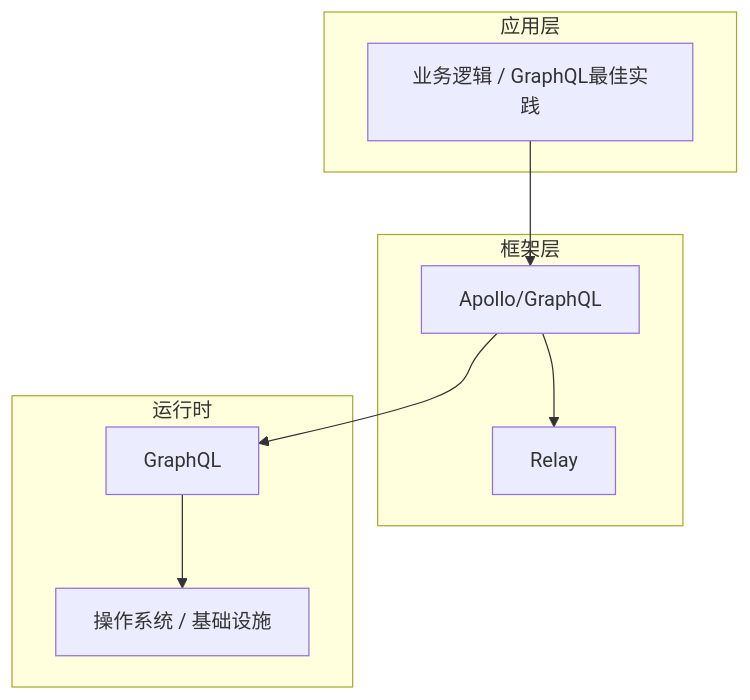
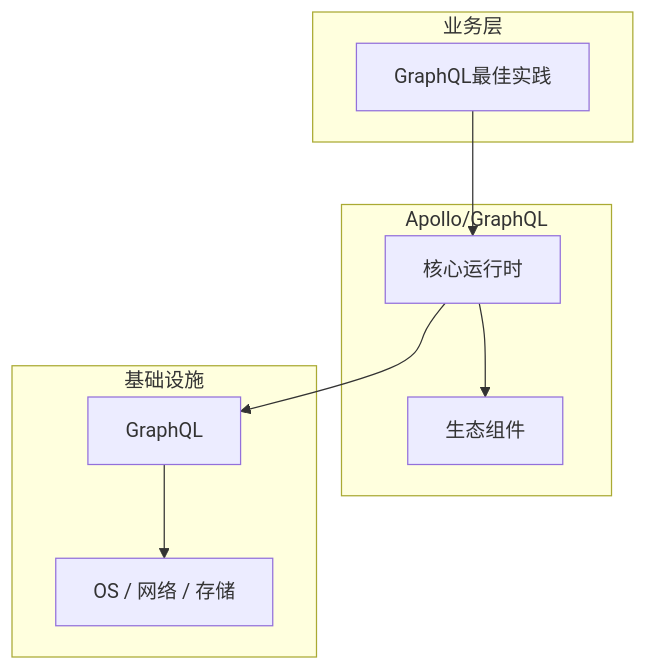
One commit to yanggan2015/knowledge-json-v2 changed the diagram in articles/GraphQL/chapters/057-GraphQL最佳实践核心概念与原理.md. Above: the diagram before and after it, drawn with Mermaid. The commit also changed other lines of this file and 10127 other files, not shown here.

````diff
--- a/articles/GraphQL/chapters/057-GraphQL最佳实践核心概念与原理.md
+++ b/articles/GraphQL/chapters/057-GraphQL最佳实践核心概念与原理.md
@@ -45,18 +34,18 @@
 ```mermaid
 graph TB
-    subgraph 应用层
-        A[业务逻辑 / GraphQL最佳实践]
+    subgraph 业务层
+        A[GraphQL最佳实践]
     end
-    subgraph 框架层
-        B[Apollo/GraphQL]
-        C[Relay]
+    subgraph Apollo/GraphQL
+        B[核心运行时]
+        C[生态组件]
     end
-    subgraph 运行时
+    subgraph 基础设施
         D[GraphQL]
-        E[操作系统 / 基础设施]
+        E[OS / 网络 / 存储]
     end
     A --> B
     B --> C
     B --> D
     D --> E
 ```
````
